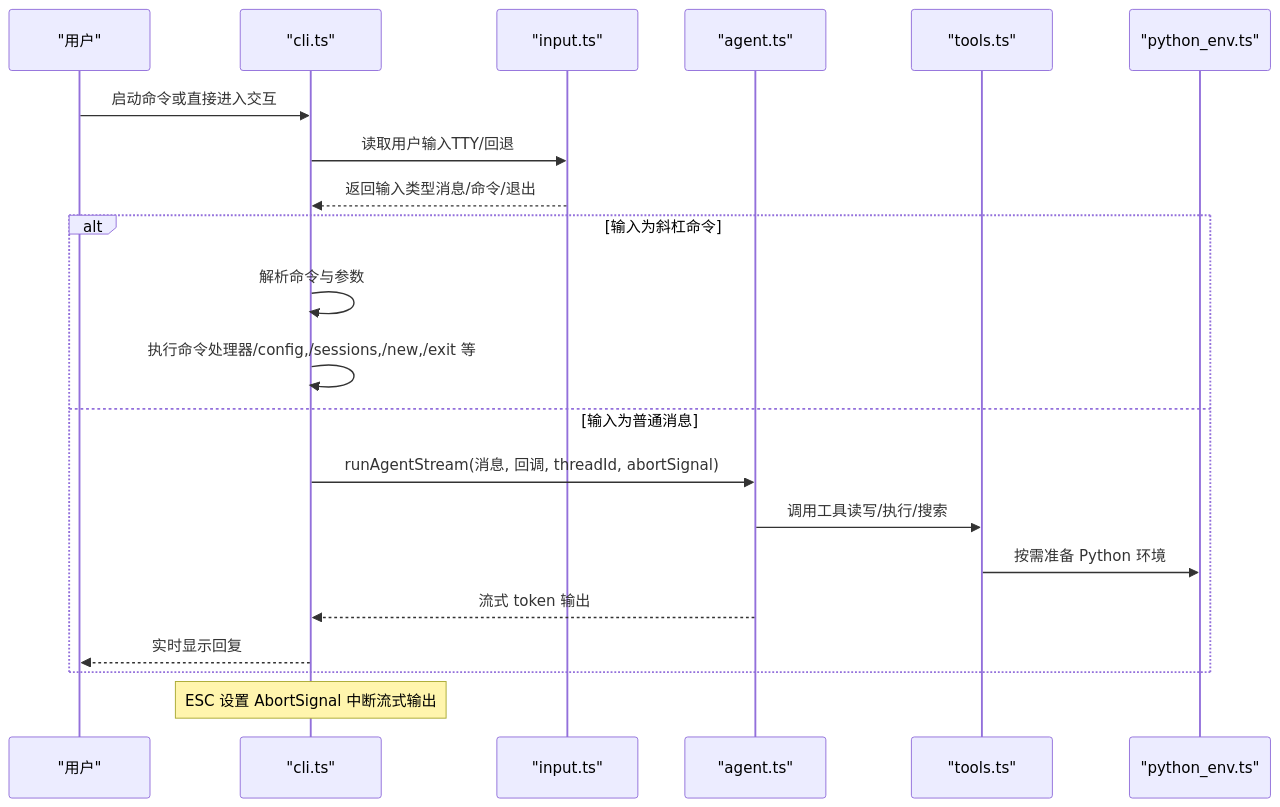
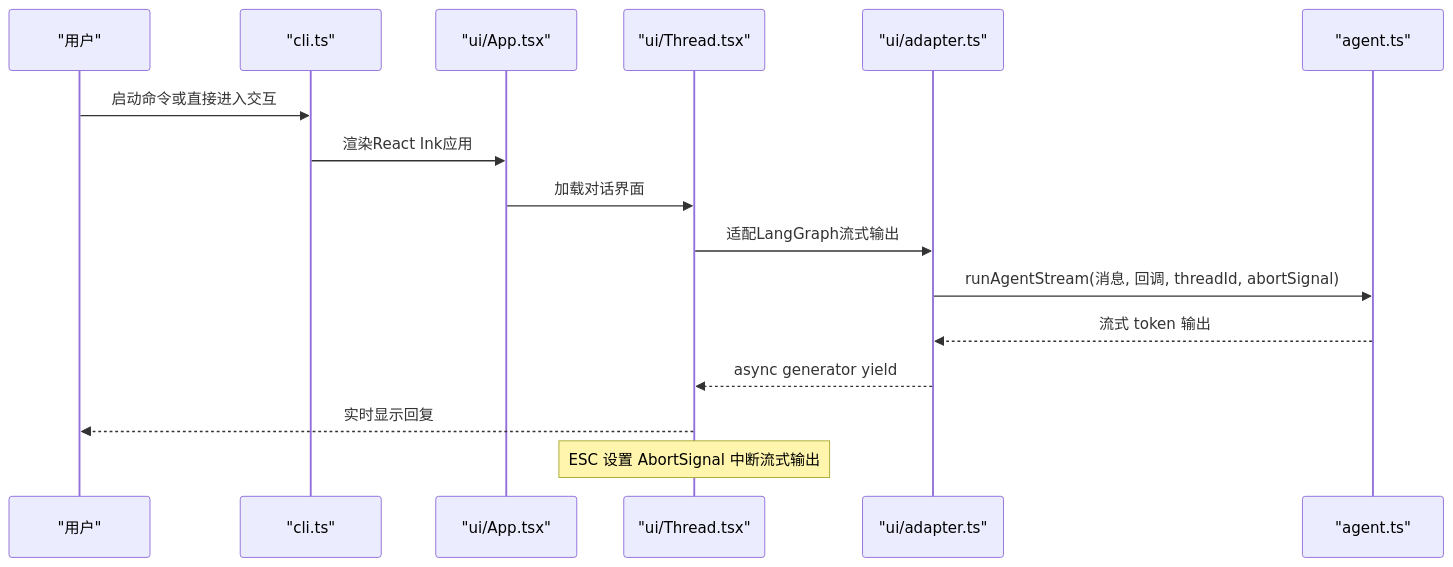
The second of 3 diagrams in .qoder/repowiki/zh/content/CLI 界面.md (HAOFUYANG/onion-code), drawn with Mermaid before and after one commit. The commit also changed other lines of this file and 41 other files, not shown here.

````diff
--- a/.qoder/repowiki/zh/content/CLI 界面.md
+++ b/.qoder/repowiki/zh/content/CLI 界面.md
@@ -118,23 +89,18 @@
 ```mermaid
 sequenceDiagram
 participant U as "用户"
 participant CLI as "cli.ts"
-participant RL as "input.ts"
+participant APP as "ui/App.tsx"
+participant THREAD as "ui/Thread.tsx"
+participant ADAPTER as "ui/adapter.ts"
 participant AG as "agent.ts"
-participant TK as "tools.ts"
-participant PY as "python_env.ts"
 U->>CLI : 启动命令或直接进入交互
-CLI->>RL : 读取用户输入TTY/回退
-RL-->>CLI : 返回输入类型消息/命令/退出
-alt 输入为斜杠命令
-CLI->>CLI : 解析命令与参数
-CLI->>CLI : 执行命令处理器/config,/sessions,/new,/exit 等
-else 输入为普通消息
-CLI->>AG : runAgentStream(消息, 回调, threadId, abortSignal)
-AG->>TK : 调用工具读写/执行/搜索
-TK->>PY : 按需准备 Python 环境
-AG-->>CLI : 流式 token 输出
-CLI-->>U : 实时显示回复
-end
-note over CLI : ESC 设置 AbortSignal 中断流式输出
+CLI->>APP : 渲染React Ink应用
+APP->>THREAD : 加载对话界面
+THREAD->>ADAPTER : 适配LangGraph流式输出
+ADAPTER->>AG : runAgentStream(消息, 回调, threadId, abortSignal)
+AG-->>ADAPTER : 流式 token 输出
+ADAPTER-->>THREAD : async generator yield
+THREAD-->>U : 实时显示回复
+note over THREAD : ESC 设置 AbortSignal 中断流式输出
 ```
````
